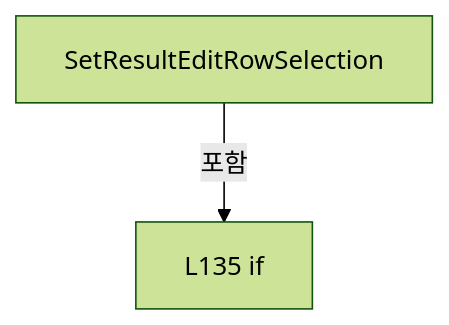
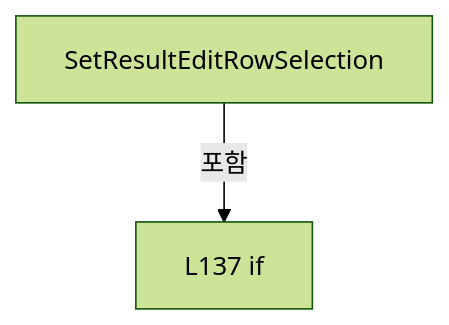
One commit to kjuws10-rgb/Shared changed the fourth of 24 diagrams in A3 LD Code Ref/files/Drilling.UI/Menu/Menus/CMenuCorrection.ReviewData.Edit.cs.md. Above: the diagram before and after it, drawn with Mermaid (forest theme). The commit also changed other lines of this file and 2071 other files, not shown here.

Commit message:
docs(a3): update 11.19.0 architecture and code reference

````diff
--- a/A3 LD Code Ref/files/Drilling.UI/Menu/Menus/CMenuCorrection.ReviewData.Edit.cs.md
+++ b/A3 LD Code Ref/files/Drilling.UI/Menu/Menus/CMenuCorrection.ReviewData.Edit.cs.md
@@ -1833,6 +1891,6 @@
 ```mermaid
 flowchart TD
  M["SetResultEditRowSelection"]
- N0["L135 if"]
+ N0["L137 if"]
  M -->|포함| N0
 ```
````
